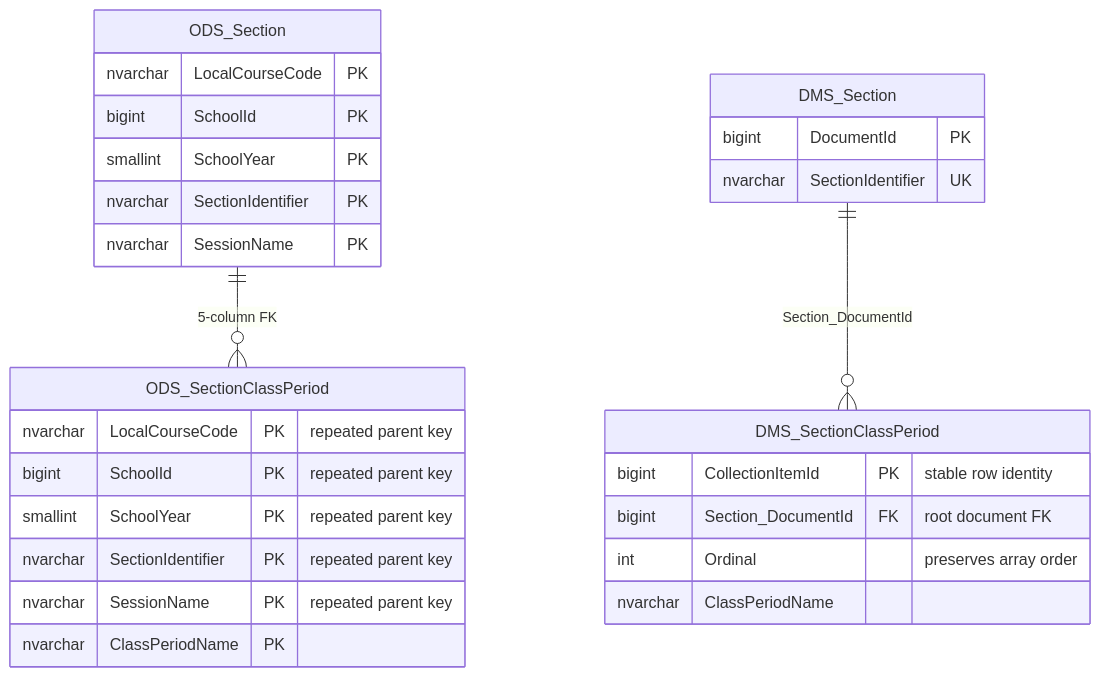
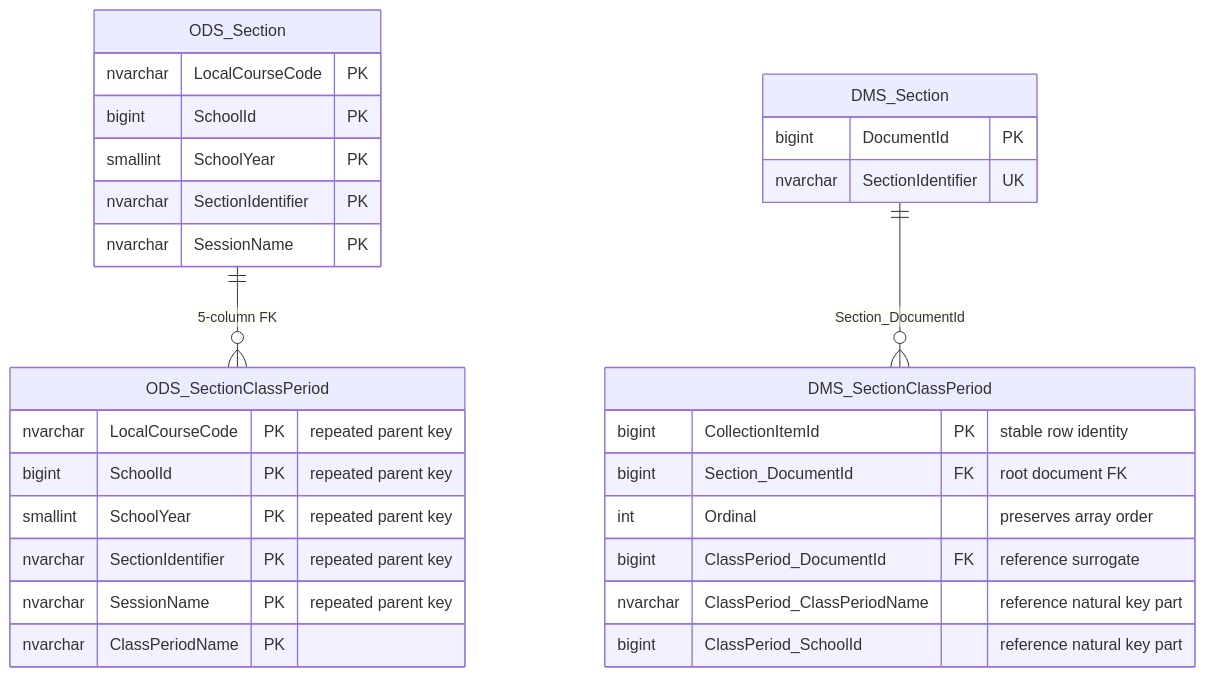
The second of 10 diagrams in blog/2026-03-25.md (Ed-Fi-Alliance-OSS/ed-fi-alliance-oss.github.io), drawn with Mermaid before and after one commit. The commit also changed other lines of this file, not shown here.

Commit message:
Update DMS relational backend post to match current schema

````diff
--- a/blog/2026-03-25.md
+++ b/blog/2026-03-25.md
@@ -108,31 +114,33 @@
 ```mermaid
 erDiagram
     ODS_Section {
         nvarchar LocalCourseCode PK
         bigint SchoolId PK
         smallint SchoolYear PK
         nvarchar SectionIdentifier PK
         nvarchar SessionName PK
     }
     ODS_SectionClassPeriod {
         nvarchar LocalCourseCode PK "repeated parent key"
         bigint SchoolId PK "repeated parent key"
         smallint SchoolYear PK "repeated parent key"
         nvarchar SectionIdentifier PK "repeated parent key"
         nvarchar SessionName PK "repeated parent key"
         nvarchar ClassPeriodName PK
     }
     ODS_Section ||--o{ ODS_SectionClassPeriod : "5-column FK"
 
     DMS_Section {
         bigint DocumentId PK
         nvarchar SectionIdentifier UK
     }
     DMS_SectionClassPeriod {
         bigint CollectionItemId PK "stable row identity"
         bigint Section_DocumentId FK "root document FK"
         int Ordinal "preserves array order"
-        nvarchar ClassPeriodName
+        bigint ClassPeriod_DocumentId FK "reference surrogate"
+        nvarchar ClassPeriod_ClassPeriodName "reference natural key part"
+        bigint ClassPeriod_SchoolId "reference natural key part"
     }
     DMS_Section ||--o{ DMS_SectionClassPeriod : "Section_DocumentId"
 ```
````
